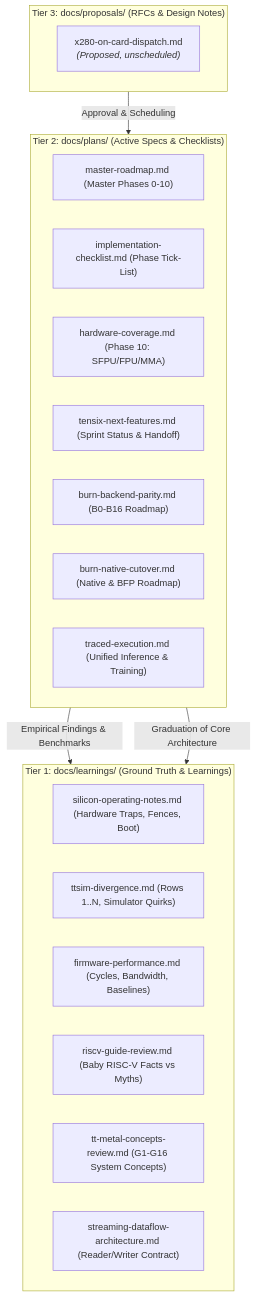
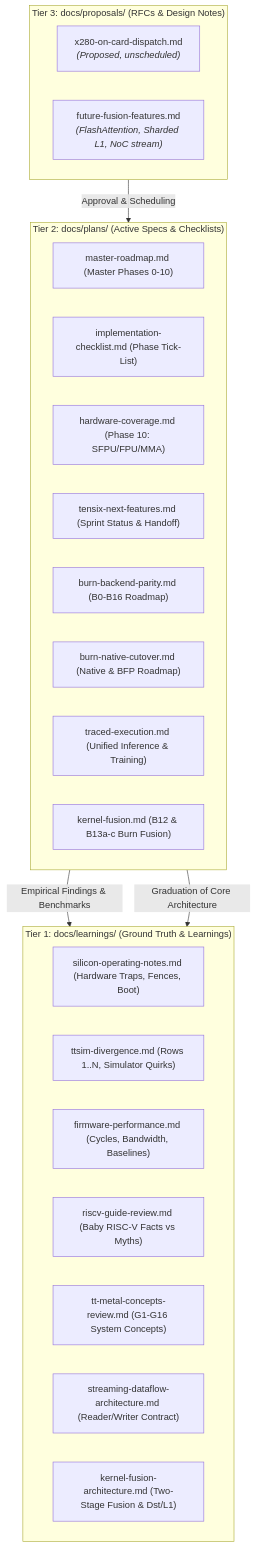
The diagram in docs/README.md (Knight-Ops/metalium-rs), drawn with Mermaid before and after one commit. The commit also changed other lines of this file and 4 other files, not shown here.

First line of the commit message:
docs: add kernel fusion architecture, implementation plan, and RFCs

````diff
--- a/docs/README.md
+++ b/docs/README.md
@@ -7,29 +7,32 @@
 ```mermaid
 flowchart TD
     subgraph Tier3["Tier 3: docs/proposals/ (RFCs & Design Notes)"]
         P1["x280-on-card-dispatch.md<br/><i>(Proposed, unscheduled)</i>"]
+        P2["future-fusion-features.md<br/><i>(FlashAttention, Sharded L1, NoC stream)</i>"]
     end
 
     subgraph Tier2["Tier 2: docs/plans/ (Active Specs & Checklists)"]
         PL1["master-roadmap.md (Master Phases 0-10)"]
         PL2["implementation-checklist.md (Phase Tick-List)"]
         PL3["hardware-coverage.md (Phase 10: SFPU/FPU/MMA)"]
         PL4["tensix-next-features.md (Sprint Status & Handoff)"]
         PL5["burn-backend-parity.md (B0-B16 Roadmap)"]
         PL6["burn-native-cutover.md (Native & BFP Roadmap)"]
         PL7["traced-execution.md (Unified Inference & Training)"]
+        PL8["kernel-fusion.md (B12 & B13a-c Burn Fusion)"]
     end
 
     subgraph Tier1["Tier 1: docs/learnings/ (Ground Truth & Learnings)"]
         L1["silicon-operating-notes.md (Hardware Traps, Fences, Boot)"]
         L2["ttsim-divergence.md (Rows 1..N, Simulator Quirks)"]
         L3["firmware-performance.md (Cycles, Bandwidth, Baselines)"]
         L4["riscv-guide-review.md (Baby RISC-V Facts vs Myths)"]
         L5["tt-metal-concepts-review.md (G1-G16 System Concepts)"]
         L6["streaming-dataflow-architecture.md (Reader/Writer Contract)"]
+        L7["kernel-fusion-architecture.md (Two-Stage Fusion & Dst/L1)"]
     end
 
     Tier3 --"Approval & Scheduling"--> Tier2
     Tier2 --"Empirical Findings & Benchmarks"--> Tier1
     Tier2 --"Graduation of Core Architecture"--> Tier1
 ```
````
